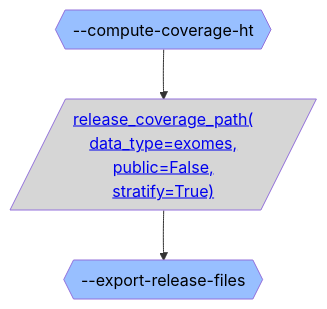
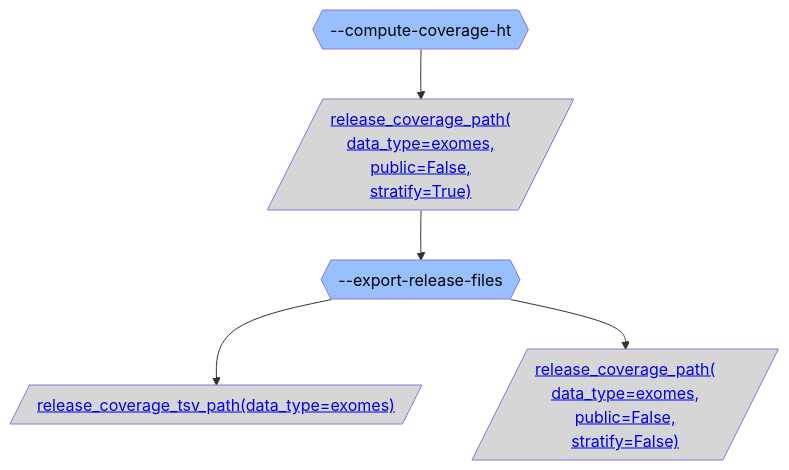
Before and after one commit to broadinstitute/gnomad_qc: the fifth of 5 diagrams in gnomad_qc/v4/annotations/README.md, drawn with Mermaid. The commit also changed other lines of this file and 3 other files, not shown here.

````diff
--- a/gnomad_qc/v4/annotations/README.md
+++ b/gnomad_qc/v4/annotations/README.md
@@ -312,19 +331,26 @@
 ```mermaid
 flowchart TB;
   classDef script_color fill:#2C5D4A,color:#000000
   classDef step_color fill:#98BFFF,color:#000000
   classDef func_color fill:#E0D5E6,color:#000000
   classDef gnomad_methods_color fill:#F9F2CE,color:#000000
   classDef hail_color fill:#FAEACE,color:#000000
   classDef resource_color fill:#D6D6D6,color:#000000
   classDef validity_check_color fill:#2C5D4A,color:#000000
 
   step_compute_coverage_ht{{"--compute-coverage-ht"}}:::step_color;
   resource_release_coverage_path_data_type_exomes_public_False_stratify_True[/"<a href='https://github.com/broadinstitute/gnomad_qc/tree/main/gnomad_qc/v4/resources/release.py#L268'>release_coverage_path(
 data_type=exomes,
 public=False,
 stratify=True)</a>"/]:::resource_color;
   step_export_release_files{{"--export-release-files"}}:::step_color;
+  release_coverage_tsv_path_data_type_exomes[/"<a href='https://github.com/broadinstitute/gnomad_qc/tree/main/gnomad_qc/v4/resources/release.py#L315'>release_coverage_tsv_path(data_type=exomes)</a>"/]:::resource_color;
+  release_coverage_path_data_type_exomes_public_False_stratify_False[/"<a href='https://github.com/broadinstitute/gnomad_qc/tree/main/gnomad_qc/v4/resources/release.py#L268'>release_coverage_path(
+data_type=exomes,
+public=False,
+stratify=False)</a>"/]:::resource_color;
   step_compute_coverage_ht --> resource_release_coverage_path_data_type_exomes_public_False_stratify_True;
   resource_release_coverage_path_data_type_exomes_public_False_stratify_True --> step_export_release_files;
+  step_export_release_files --> release_coverage_tsv_path_data_type_exomes;
+  step_export_release_files --> release_coverage_path_data_type_exomes_public_False_stratify_False;
 ```
````
